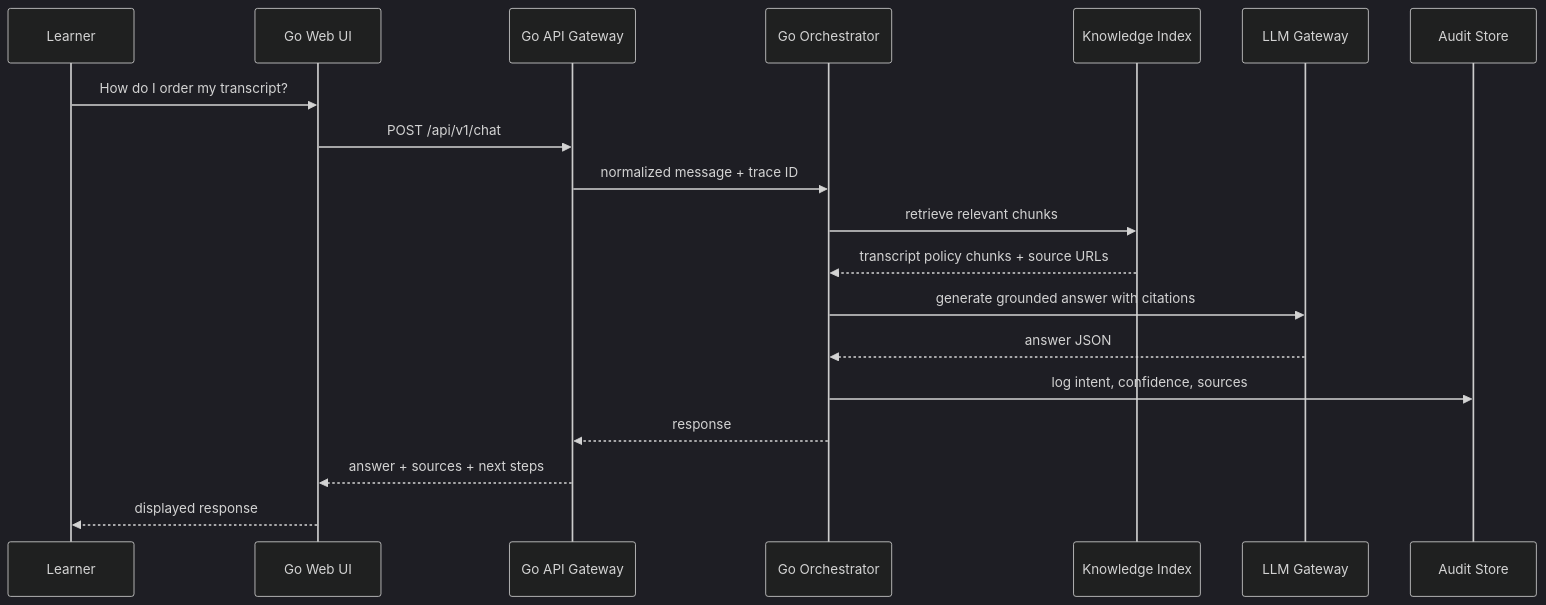
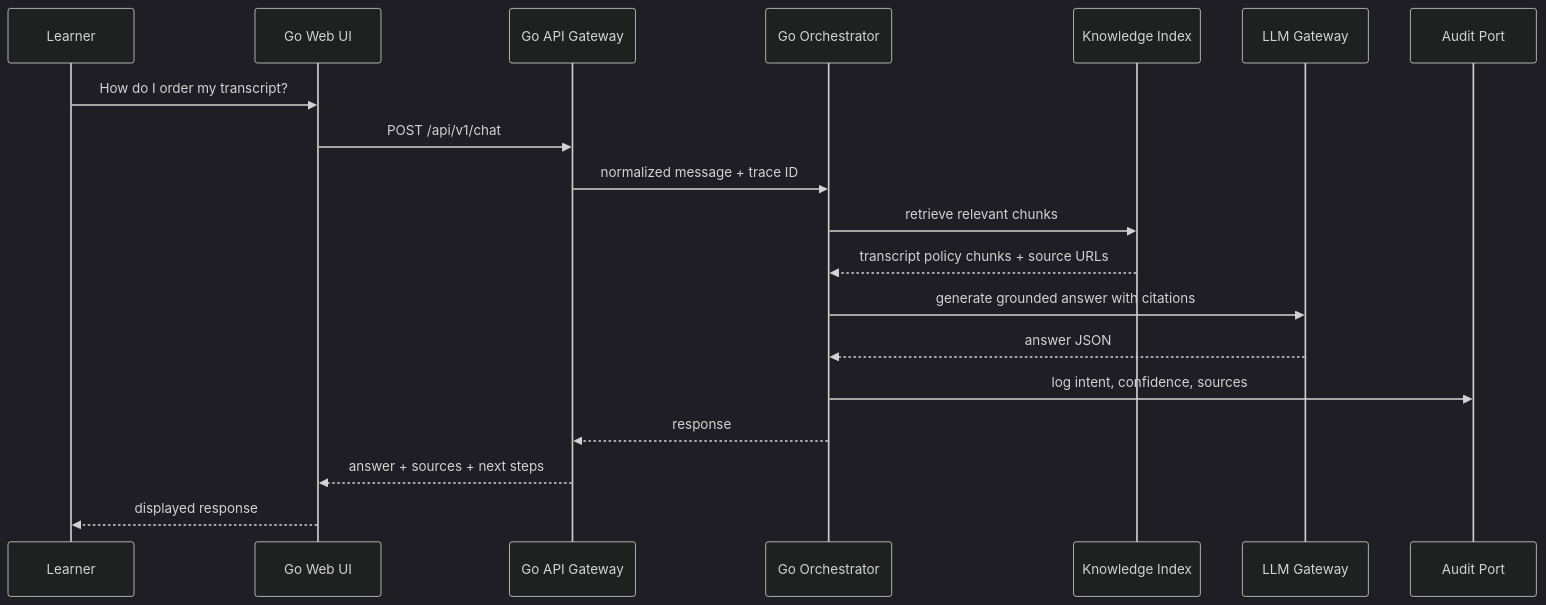
One commit to alvindcastro/askoc-mvp changed the second of 3 diagrams in docs/architecture.md. Above: the diagram before and after it, drawn with Mermaid (dark theme). The commit also changed other lines of this file and 23 other files, not shown here.

````diff
--- a/docs/architecture.md
+++ b/docs/architecture.md
@@ -254,22 +253,22 @@
 ```mermaid
 sequenceDiagram
     participant Learner
     participant UI as Go Web UI
     participant API as Go API Gateway
     participant Orchestrator as Go Orchestrator
     participant Search as Knowledge Index
     participant LLM as LLM Gateway
-    participant Audit as Audit Store
+    participant Audit as Audit Port
 
     Learner->>UI: How do I order my transcript?
     UI->>API: POST /api/v1/chat
     API->>Orchestrator: normalized message + trace ID
     Orchestrator->>Search: retrieve relevant chunks
     Search-->>Orchestrator: transcript policy chunks + source URLs
     Orchestrator->>LLM: generate grounded answer with citations
     LLM-->>Orchestrator: answer JSON
     Orchestrator->>Audit: log intent, confidence, sources
     Orchestrator-->>API: response
     API-->>UI: answer + sources + next steps
     UI-->>Learner: displayed response
 ```
````
